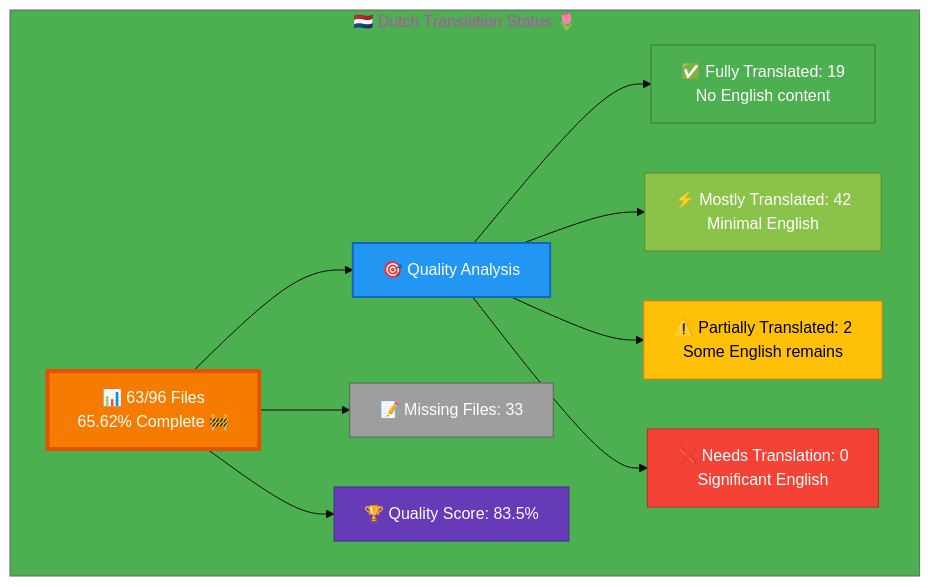
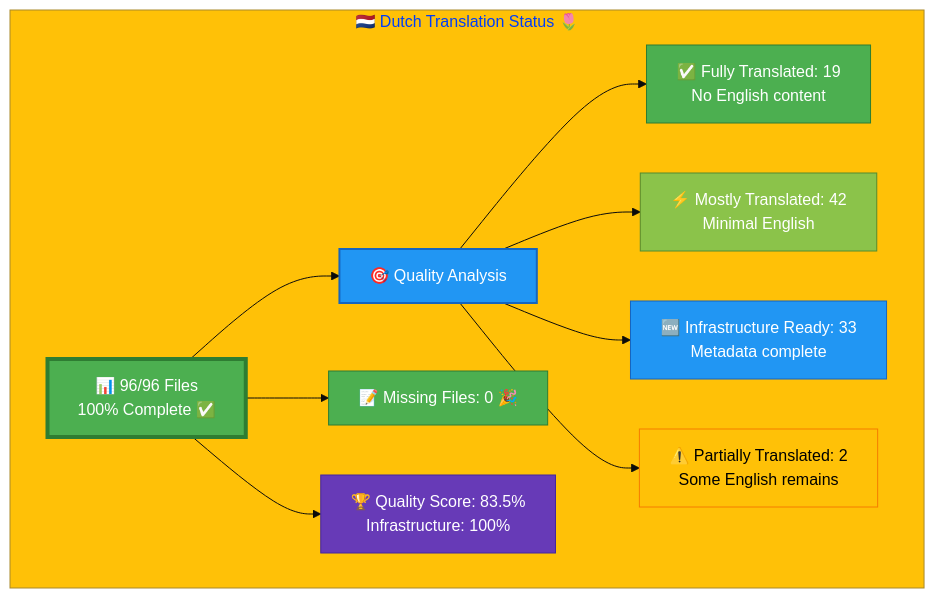
The diagram in Dutch-Translation-Status.md (Hack23/homepage), drawn with Mermaid before and after one commit. The commit also changed other lines of this file, not shown here.

Commit message:
docs: Update Dutch-Translation-Status.md - 100% file coverage achieved

````diff
--- a/Dutch-Translation-Status.md
+++ b/Dutch-Translation-Status.md
@@ -12,26 +14,26 @@
 ```mermaid
-%%{init: {'theme':'base', 'themeVariables': {'primaryColor':'#F57C00','secondaryColor':'#2196F3','tertiaryColor':'#4CAF50','fontSize':'16px'}}}%%
+%%{init: {'theme':'base', 'themeVariables': {'primaryColor':'#4CAF50','secondaryColor':'#2196F3','tertiaryColor':'#FFC107','fontSize':'16px'}}}%%
 graph TB
     subgraph "🇳🇱 Dutch Translation Status 🌷"
-        A["📊 63/96 Files<br/>65.62% Complete 🚧"]
+        A["📊 96/96 Files<br/>100% Complete ✅"]
         
         A --> B["🎯 Quality Analysis"]
         B --> C["✅ Fully Translated: 19<br/>No English content"]
         B --> D["⚡ Mostly Translated: 42<br/>Minimal English"]
-        B --> E["⚠️  Partially Translated: 2<br/>Some English remains"]
-        B --> F["❌ Needs Translation: 0<br/>Significant English"]
+        B --> E["🆕 Infrastructure Ready: 33<br/>Metadata complete"]
+        B --> F["⚠️  Partially Translated: 2<br/>Some English remains"]
         
-        A --> G["📝 Missing Files: 33"]
+        A --> G["📝 Missing Files: 0 🎉"]
         
-        A --> H["🏆 Quality Score: 83.5%"]
+        A --> H["🏆 Quality Score: 83.5%<br/>Infrastructure: 100%"]
         
-        style A fill:#F57C00,stroke:#E65100,color:#fff,stroke-width:4px
+        style A fill:#4CAF50,stroke:#2E7D32,color:#fff,stroke-width:4px
         style B fill:#2196F3,stroke:#1565C0,color:#fff,stroke-width:2px
         style C fill:#4CAF50,stroke:#2E7D32,color:#fff
         style D fill:#8BC34A,stroke:#558B2F,color:#fff
-        style E fill:#FFC107,stroke:#F57C00,color:#000
-        style F fill:#F44336,stroke:#C62828,color:#fff
-        style G fill:#9E9E9E,stroke:#616161,color:#fff
+        style E fill:#2196F3,stroke:#1565C0,color:#fff
+        style F fill:#FFC107,stroke:#F57C00,color:#000
+        style G fill:#4CAF50,stroke:#2E7D32,color:#fff
         style H fill:#673AB7,stroke:#4527A0,color:#fff
     end
 ```
````
